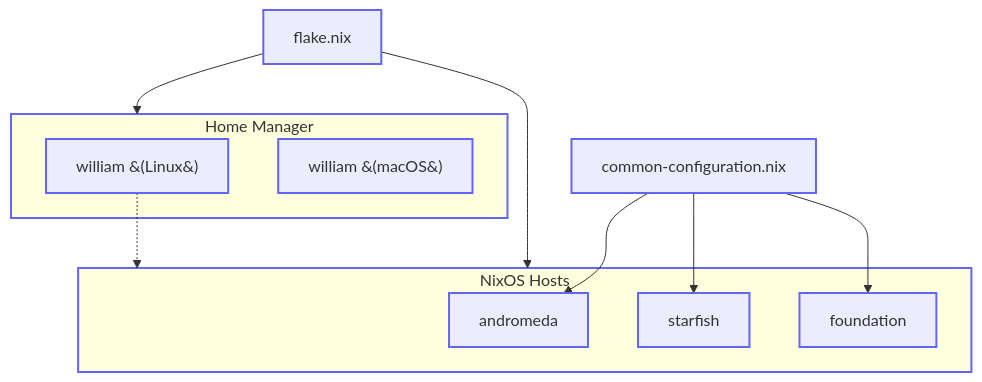
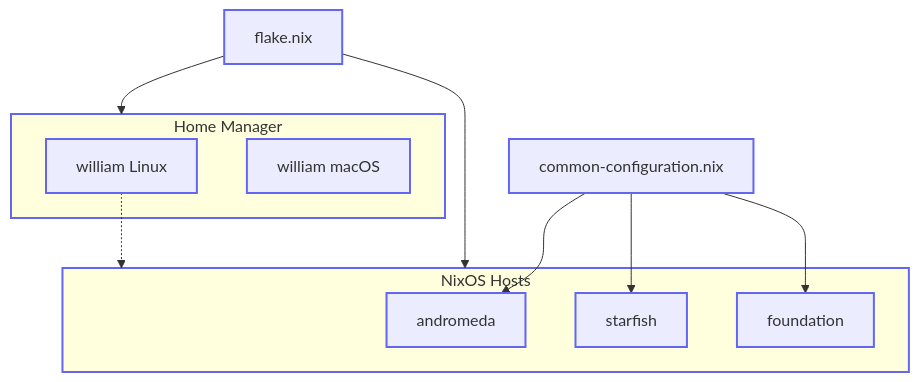
Before and after one commit to willfish/nix: the first of 2 diagrams in README.md, drawn with Mermaid. The commit also changed 2 other files, not shown here.

Commit message:
Improve README architecture diagram for reliable GitHub rendering
- Simplify labels to avoid parentheses (william Linux / macOS)
- Remove special characters that cause parsing issues
- Update source .mmd and re-render PNG preview
- Diagram now renders cleanly on GitHub in both light and dark mode

````diff
--- a/README.md
+++ b/README.md
@@ -9,24 +9,24 @@
 ```mermaid
 flowchart TD
     FLAKE[flake.nix]
     COMMON[common-configuration.nix]
 
     subgraph HOSTS [NixOS Hosts]
         ANDROMEDA[andromeda]
         STARFISH[starfish]
         FOUNDATION[foundation]
     end
 
     subgraph HM [Home Manager]
-        HM_LINUX["william &#40;Linux&#41;"]
-        HM_DARWIN["william &#40;macOS&#41;"]
+        HM_LINUX[william Linux]
+        HM_DARWIN[william macOS]
     end
 
     FLAKE --> HOSTS
     FLAKE --> HM
     COMMON --> ANDROMEDA & STARFISH & FOUNDATION
     HM_LINUX -.-> HOSTS
 
     classDef box stroke:#6366f1,stroke-width:2px
     class FLAKE,COMMON,HOSTS,HM,ANDROMEDA,STARFISH,FOUNDATION,HM_LINUX,HM_DARWIN box
 ```
````
